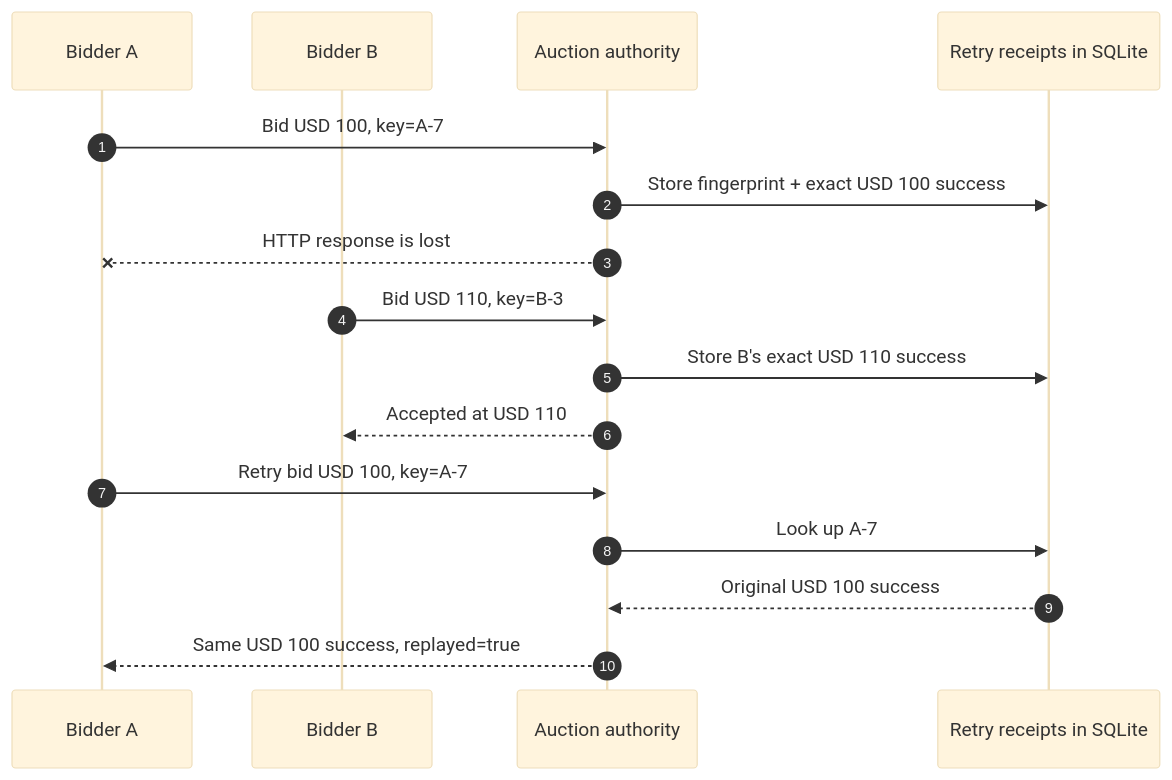
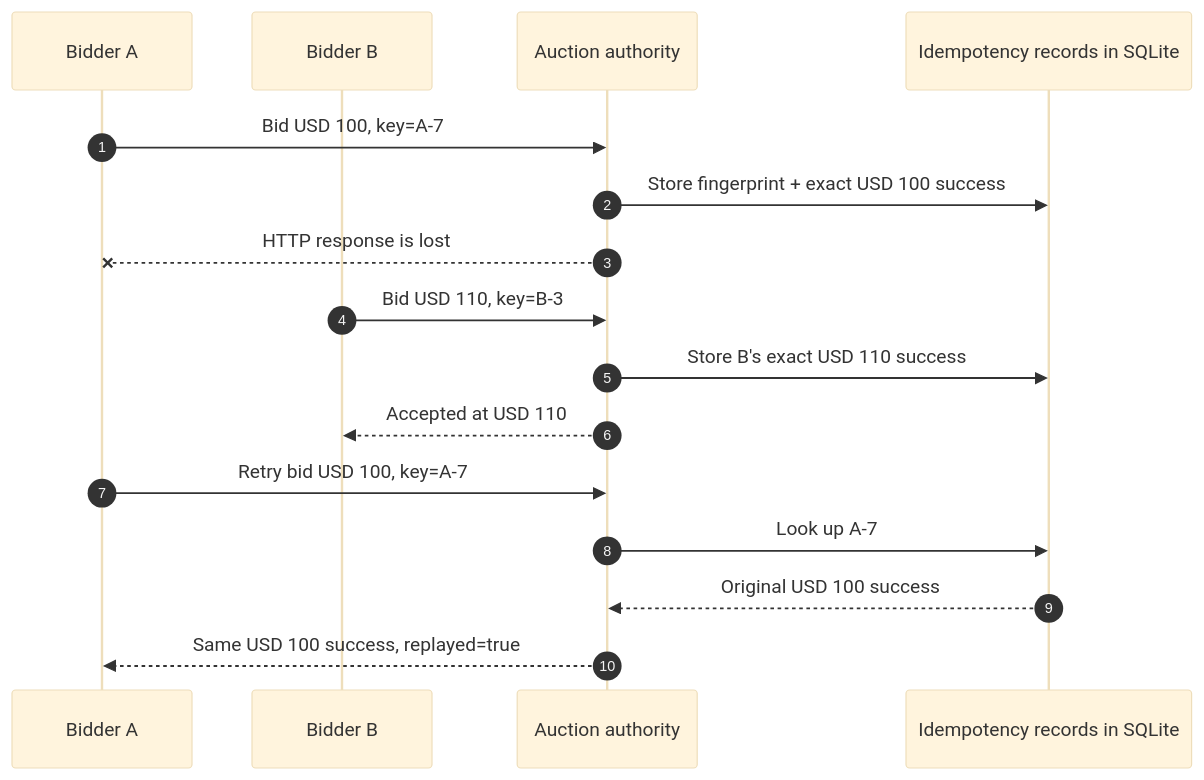
The seventh of 12 diagrams in SYSTEM_DESIGN.md (aranlucas/live-auction), drawn with Mermaid (base theme) before and after one commit. The commit also changed other lines of this file and 8 other files, not shown here.

Commit message:
refactor: name idempotency records explicitly

````diff
--- a/SYSTEM_DESIGN.md
+++ b/SYSTEM_DESIGN.md
@@ -326,19 +327,19 @@
 ```mermaid
 sequenceDiagram
     autonumber
     participant A as Bidder A
     participant B as Bidder B
     participant DO as Auction authority
-    participant R as Retry receipts in SQLite
+    participant R as Idempotency records in SQLite
 
     A->>DO: Bid USD 100, key=A-7
     DO->>R: Store fingerprint + exact USD 100 success
     DO--xA: HTTP response is lost
     B->>DO: Bid USD 110, key=B-3
     DO->>R: Store B's exact USD 110 success
     DO-->>B: Accepted at USD 110
     A->>DO: Retry bid USD 100, key=A-7
     DO->>R: Look up A-7
     R-->>DO: Original USD 100 success
     DO-->>A: Same USD 100 success, replayed=true
 ```
````
